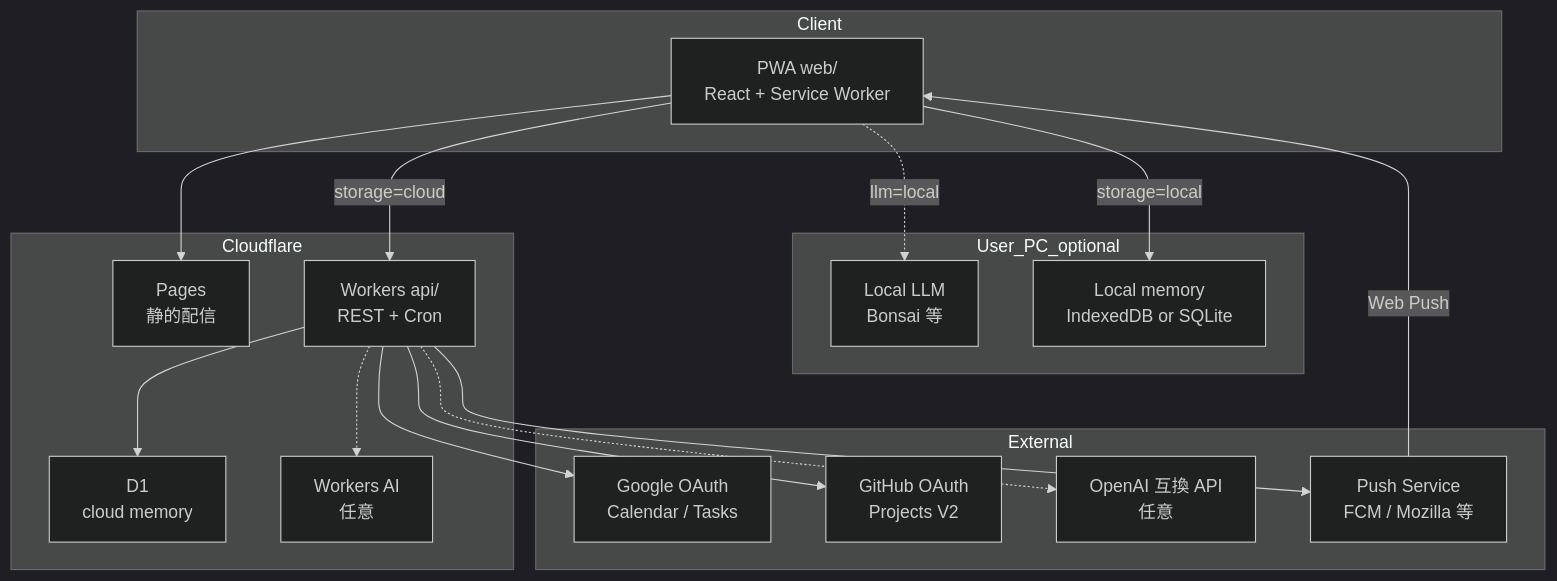
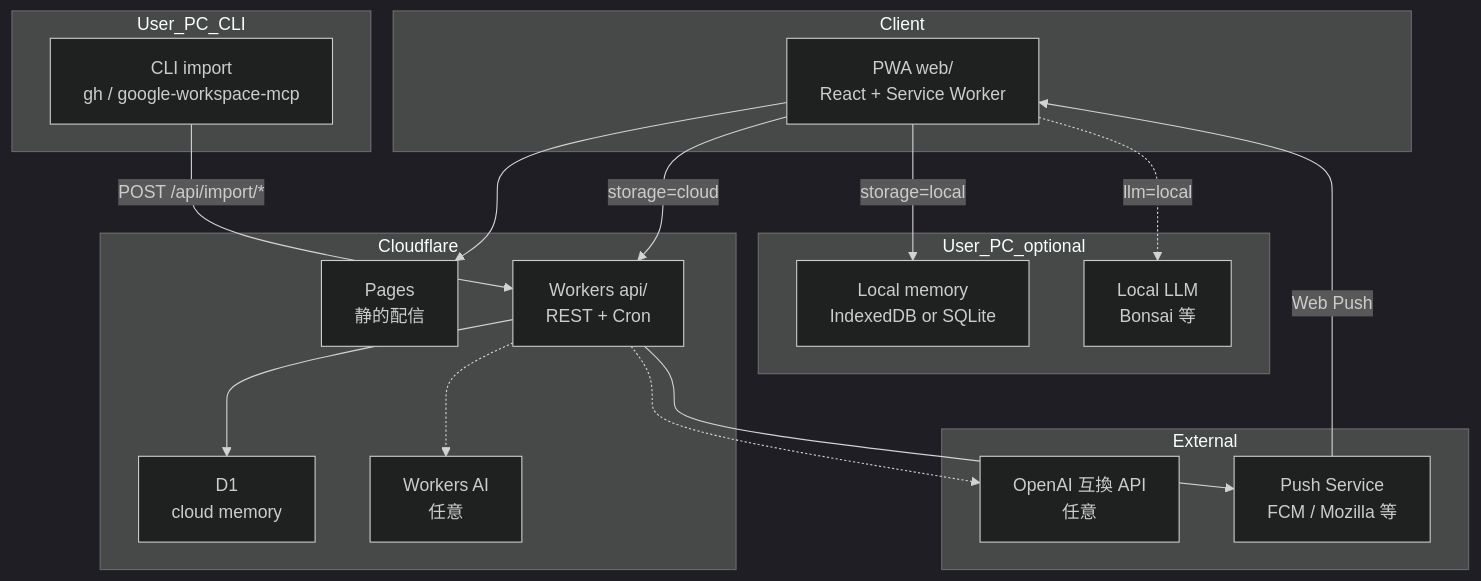
Before and after one commit to keitaroooo/aide: the first of 5 diagrams in README.md, drawn with Mermaid (dark theme). The commit also changed other lines of this file and 19 other files, not shown here.

````diff
--- a/README.md
+++ b/README.md
@@ -54,37 +41,38 @@
 ```mermaid
 flowchart TB
   subgraph clients [Client]
     pwa["PWA web/\nReact + Service Worker"]
   end
 
   subgraph pc [User_PC_optional]
     bonsai["Local LLM\nBonsai 等"]
     localDb["Local memory\nIndexedDB or SQLite"]
   end
 
   subgraph edge [Cloudflare]
     pages["Pages\n静的配信"]
     workers["Workers api/\nREST + Cron"]
     d1["D1\ncloud memory"]
     ai["Workers AI\n任意"]
   end
 
   subgraph external [External]
-    google["Google OAuth\nCalendar / Tasks"]
-    github["GitHub OAuth\nProjects V2"]
     openai["OpenAI 互換 API\n任意"]
     pushSvc["Push Service\nFCM / Mozilla 等"]
+  end
+
+  subgraph pc_cli [User_PC_CLI]
+    cli["CLI import\ngh / google-workspace-mcp"]
   end
 
   pwa --> pages
   pwa -->|"storage=cloud"| workers
   pwa -->|"storage=local"| localDb
   pwa -.->|"llm=local"| bonsai
   workers --> d1
   workers -.-> ai
   workers -.-> openai
-  workers --> google
-  workers --> github
   workers --> pushSvc
   pushSvc -->|"Web Push"| pwa
+  cli -->|"POST /api/import/*"| workers
 ```
````
